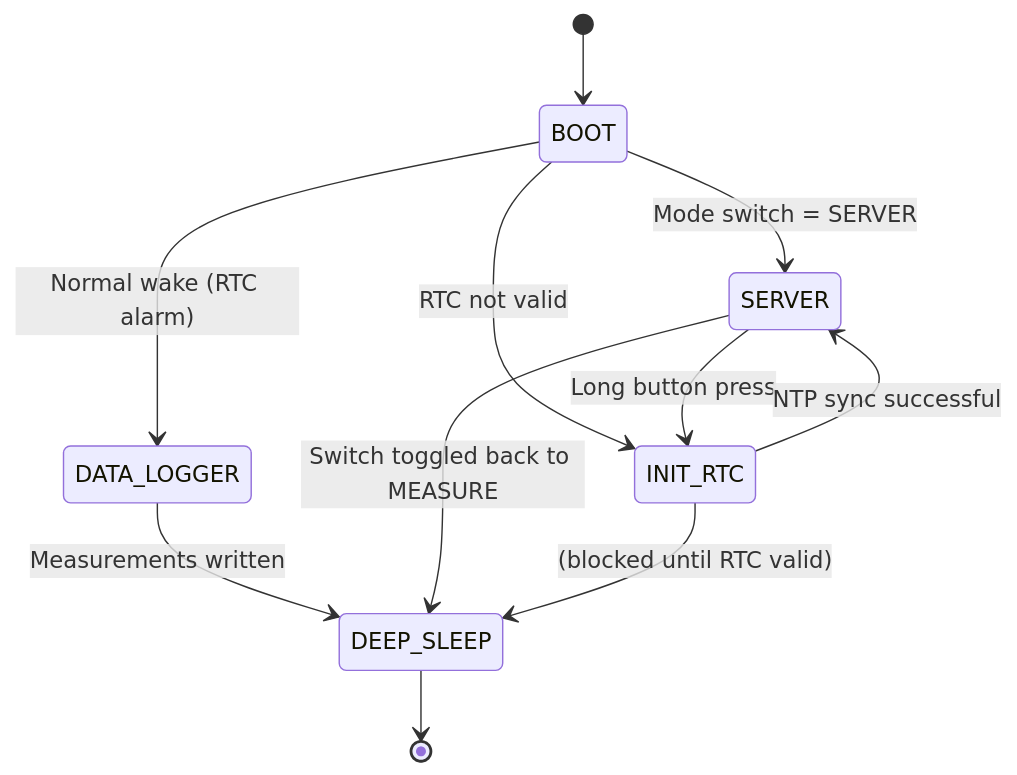
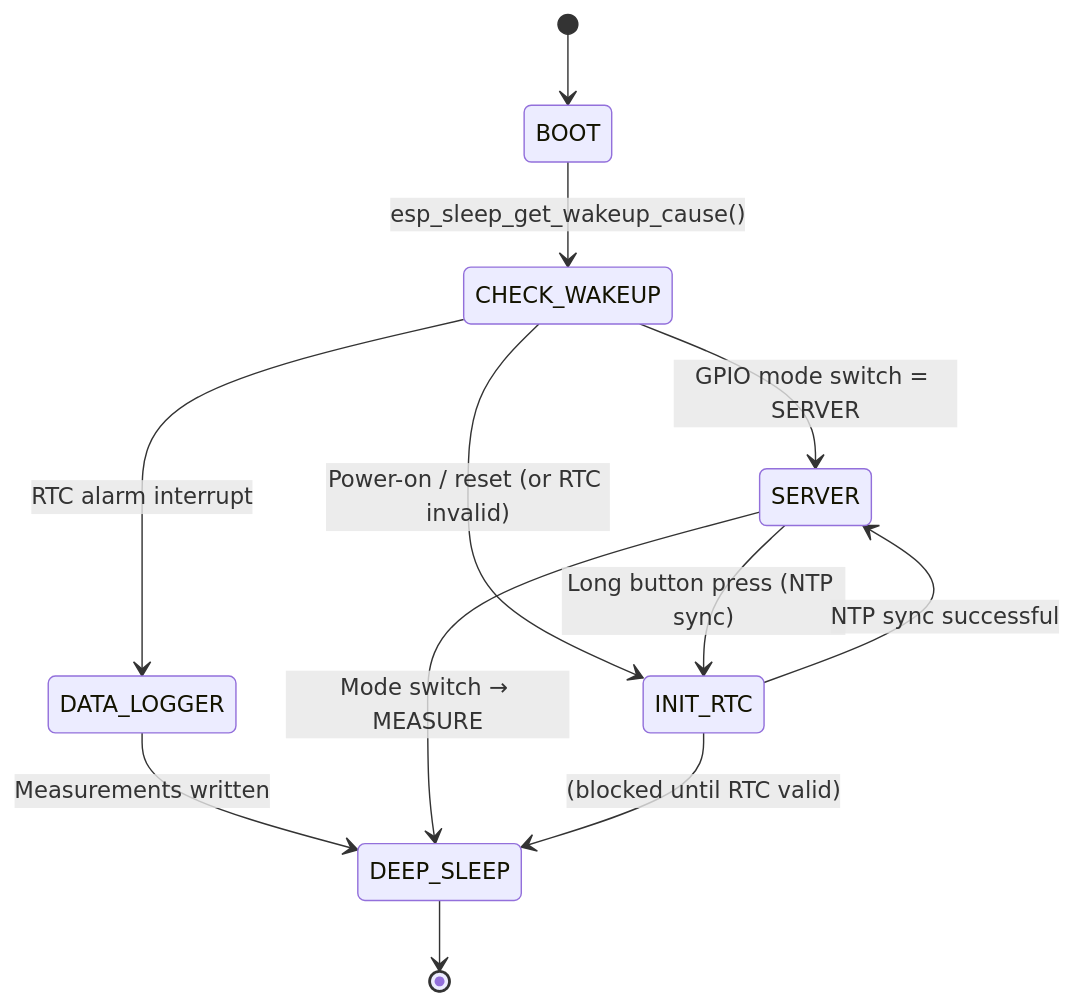
The third of 3 diagrams in docs/chapters/02-architecture.qmd (wg1d/personal-autonomous-weather-station), drawn with Mermaid before and after one commit. The commit also changed other lines of this file and 1 other file, not shown here.

Commit message:
docs(architecture): refine FSM, phone gateway, mermaid theme, SBC/dashboard

````diff
--- a/docs/chapters/02-architecture.qmd
+++ b/docs/chapters/02-architecture.qmd
@@ -78,17 +78,19 @@
 ```{mermaid}
 stateDiagram-v2
     [*] --> BOOT
 
-    BOOT --> SERVER : Mode switch = SERVER
-    BOOT --> INIT_RTC : RTC not valid
-    BOOT --> DATA_LOGGER : Normal wake (RTC alarm)
+    BOOT --> CHECK_WAKEUP : esp_sleep_get_wakeup_cause()
 
-    SERVER --> INIT_RTC : Long button press
+    CHECK_WAKEUP --> SERVER : GPIO mode switch = SERVER
+    CHECK_WAKEUP --> INIT_RTC : Power-on / reset (or RTC invalid)
+    CHECK_WAKEUP --> DATA_LOGGER : RTC alarm interrupt
+
+    SERVER --> INIT_RTC : Long button press (NTP sync)
     INIT_RTC --> SERVER : NTP sync successful
 
     DATA_LOGGER --> DEEP_SLEEP : Measurements written
-    SERVER --> DEEP_SLEEP : Switch toggled back to MEASURE
+    SERVER --> DEEP_SLEEP : Mode switch → MEASURE
     INIT_RTC --> DEEP_SLEEP : (blocked until RTC valid)
 
     DEEP_SLEEP --> [*]
 ```
````
